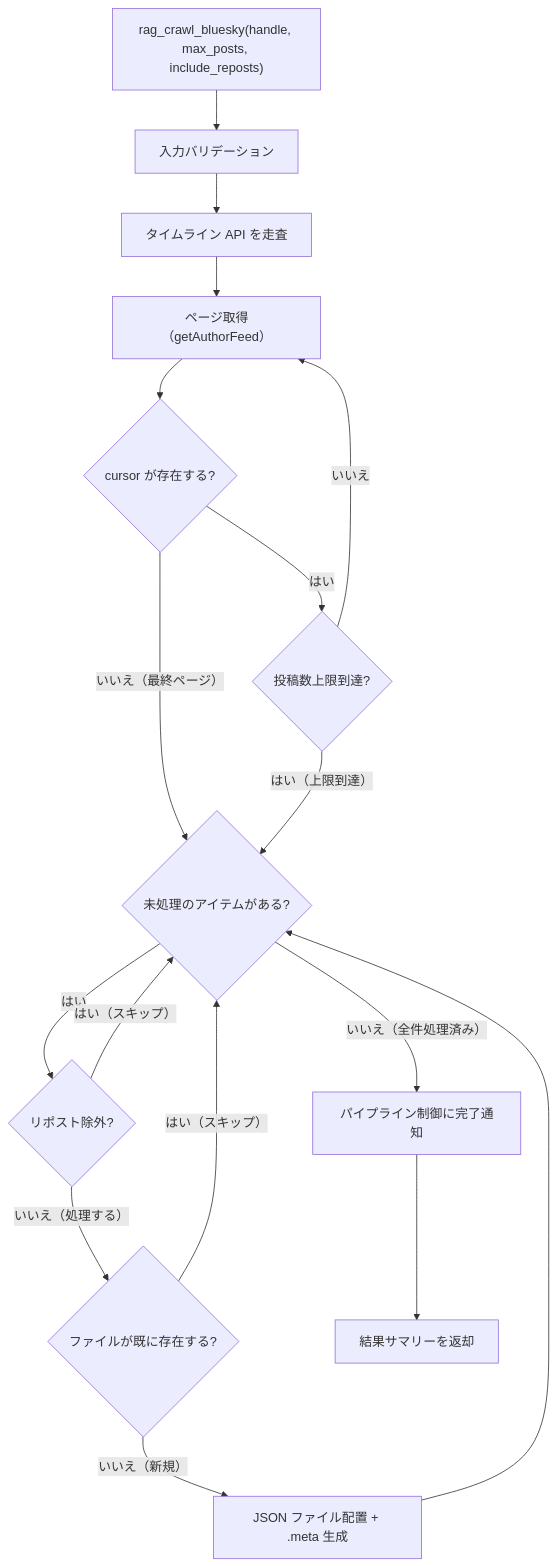
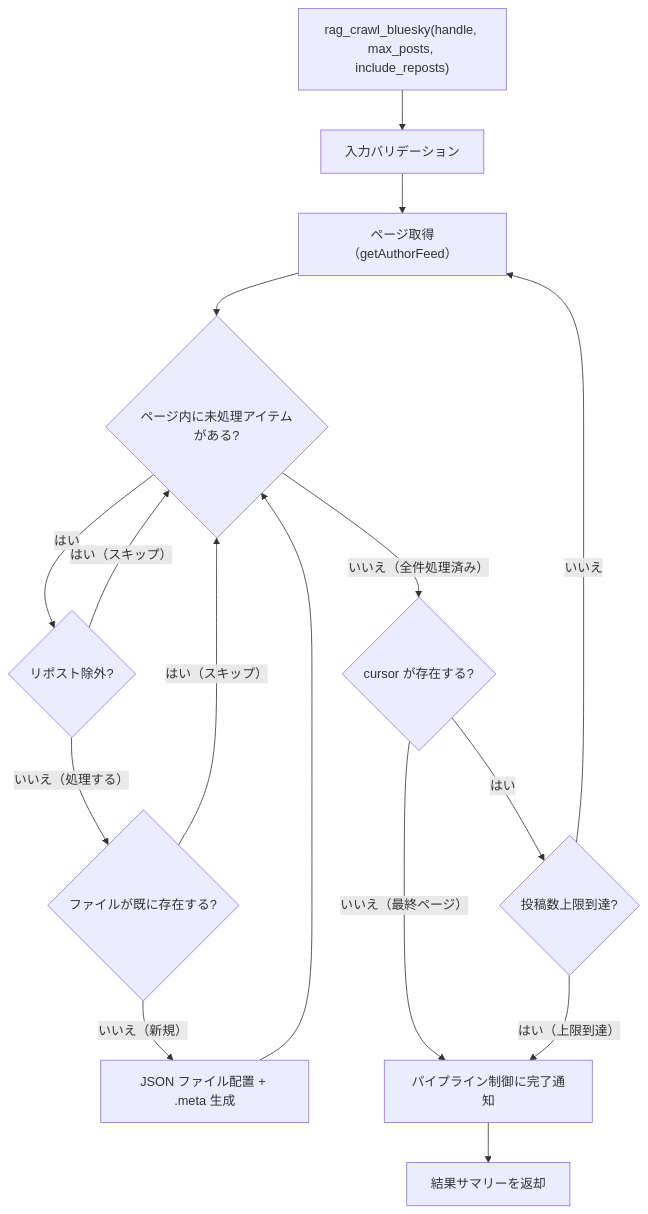
Before and after one commit to becky3/rag-knowledge: the second of 2 diagrams in docs/specs/ingesters/bluesky.md, drawn with Mermaid. The commit also changed other lines of this file, not shown here.

Commit message:
fix: レビュー指摘対応 (PR #274)
- mermaid フロー図をページ単位処理に修正（PAGE→アイテム処理→cursor/上限判定）
- 想定エラー率の失敗時挙動を明確化（リトライなし+サーキットブレーカーの関係）

````diff
--- a/docs/specs/ingesters/bluesky.md
+++ b/docs/specs/ingesters/bluesky.md
@@ -296,32 +296,30 @@
 ```mermaid
 flowchart TD
     START["rag_crawl_bluesky(handle, max_posts, include_reposts)"]
     VALIDATE["入力バリデーション"]
-    FEED["タイムライン API を走査"]
     PAGE["ページ取得（getAuthorFeed）"]
-    CHECK_CURSOR{"cursor が存在する?"}
-    CHECK_LIMIT{"投稿数上限到達?"}
-    EACH_ITEM{"未処理のアイテムがある?"}
+    EACH_ITEM{"ページ内に未処理アイテムがある?"}
     REPOST_FILTER{"リポスト除外?"}
     DUP_CHECK{"ファイルが既に存在する?"}
     SAVE["JSON ファイル配置 + .meta 生成"]
+    CHECK_CURSOR{"cursor が存在する?"}
+    CHECK_LIMIT{"投稿数上限到達?"}
     NOTIFY["パイプライン制御に完了通知"]
     RESULT["結果サマリーを返却"]
 
     START --> VALIDATE
-    VALIDATE --> FEED
-    FEED --> PAGE
-    PAGE --> CHECK_CURSOR
-    CHECK_CURSOR -->|"いいえ（最終ページ）"| EACH_ITEM
-    CHECK_CURSOR -->|"はい"| CHECK_LIMIT
-    CHECK_LIMIT -->|"はい（上限到達）"| EACH_ITEM
-    CHECK_LIMIT -->|"いいえ"| PAGE
+    VALIDATE --> PAGE
+    PAGE --> EACH_ITEM
     EACH_ITEM -->|"はい"| REPOST_FILTER
-    EACH_ITEM -->|"いいえ（全件処理済み）"| NOTIFY
+    EACH_ITEM -->|"いいえ（全件処理済み）"| CHECK_CURSOR
     REPOST_FILTER -->|"はい（スキップ）"| EACH_ITEM
     REPOST_FILTER -->|"いいえ（処理する）"| DUP_CHECK
     DUP_CHECK -->|"はい（スキップ）"| EACH_ITEM
     DUP_CHECK -->|"いいえ（新規）"| SAVE
     SAVE --> EACH_ITEM
+    CHECK_CURSOR -->|"いいえ（最終ページ）"| NOTIFY
+    CHECK_CURSOR -->|"はい"| CHECK_LIMIT
+    CHECK_LIMIT -->|"はい（上限到達）"| NOTIFY
+    CHECK_LIMIT -->|"いいえ"| PAGE
     NOTIFY --> RESULT
 ```
````
